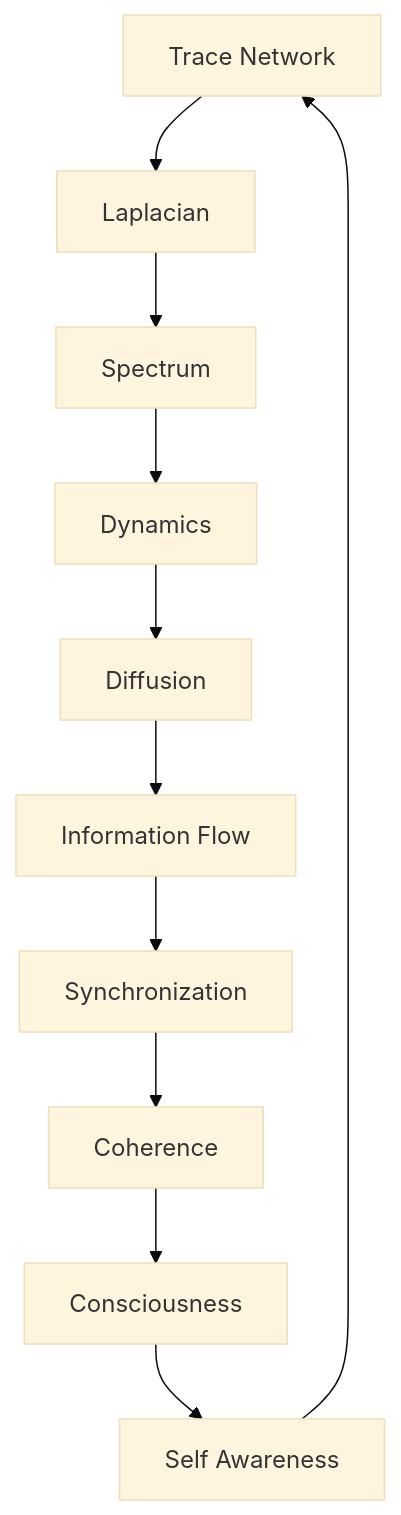
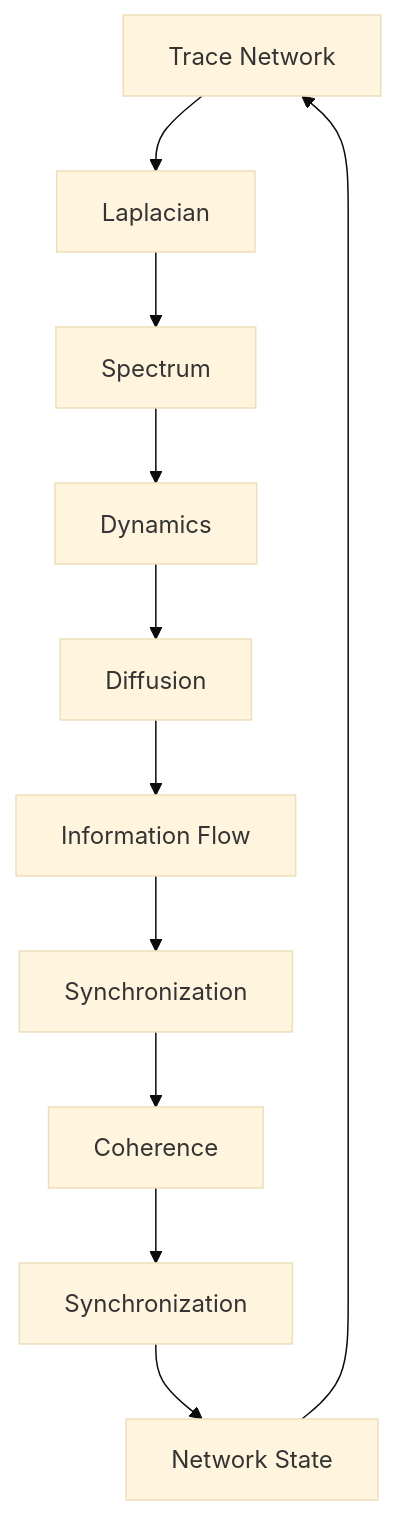
The second of 2 diagrams in docs/psi-structum/book-1-collapse-ontology/part-03-tensor-algebra/chapter-044-collapse-laplacian-trace-network.md (loning/the-phys), drawn with Mermaid (base theme) before and after one commit. The commit also changed other lines of this file and 33 other files, not shown here.

````diff
--- a/docs/psi-structum/book-1-collapse-ontology/part-03-tensor-algebra/chapter-044-collapse-laplacian-trace-network.md
+++ b/docs/psi-structum/book-1-collapse-ontology/part-03-tensor-algebra/chapter-044-collapse-laplacian-trace-network.md
@@ -189,13 +199,13 @@
 ```mermaid
 graph TD
     A[Trace Network] --> B[Laplacian]
     B --> C[Spectrum]
     C --> D[Dynamics]
     D --> E[Diffusion]
     E --> F[Information Flow]
     F --> G[Synchronization]
     G --> H[Coherence]
-    H --> I[Consciousness]
-    I --> J[Self Awareness]
+    H --> I[Synchronization]
+    I --> J[Network State]
     J --> A
 ```
````
